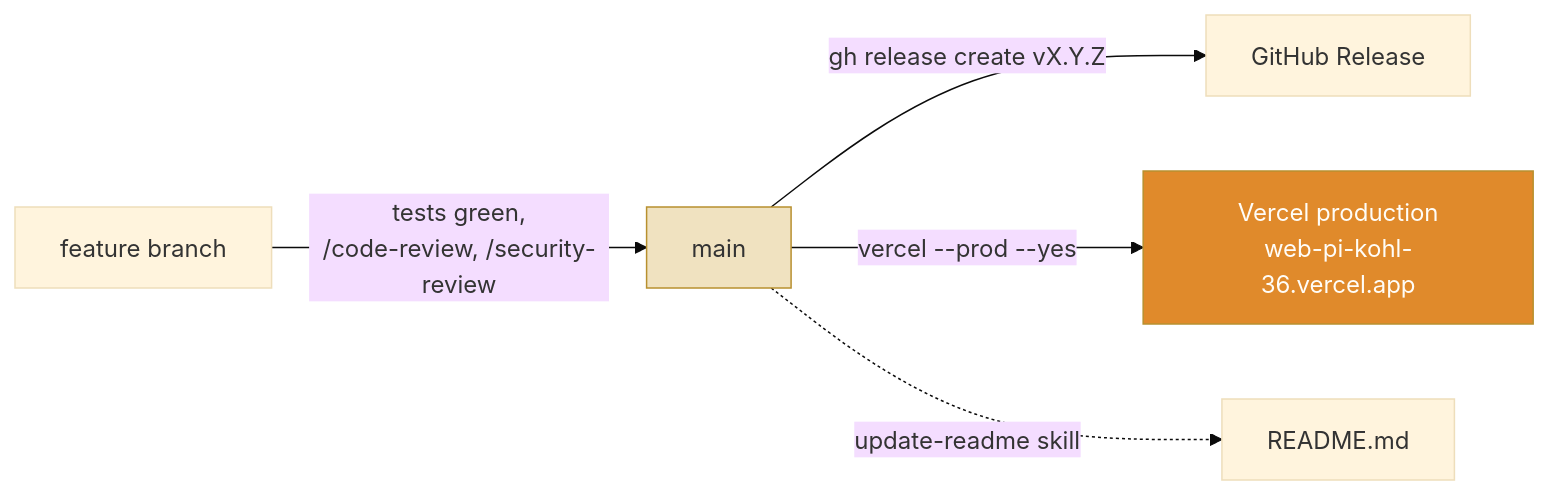
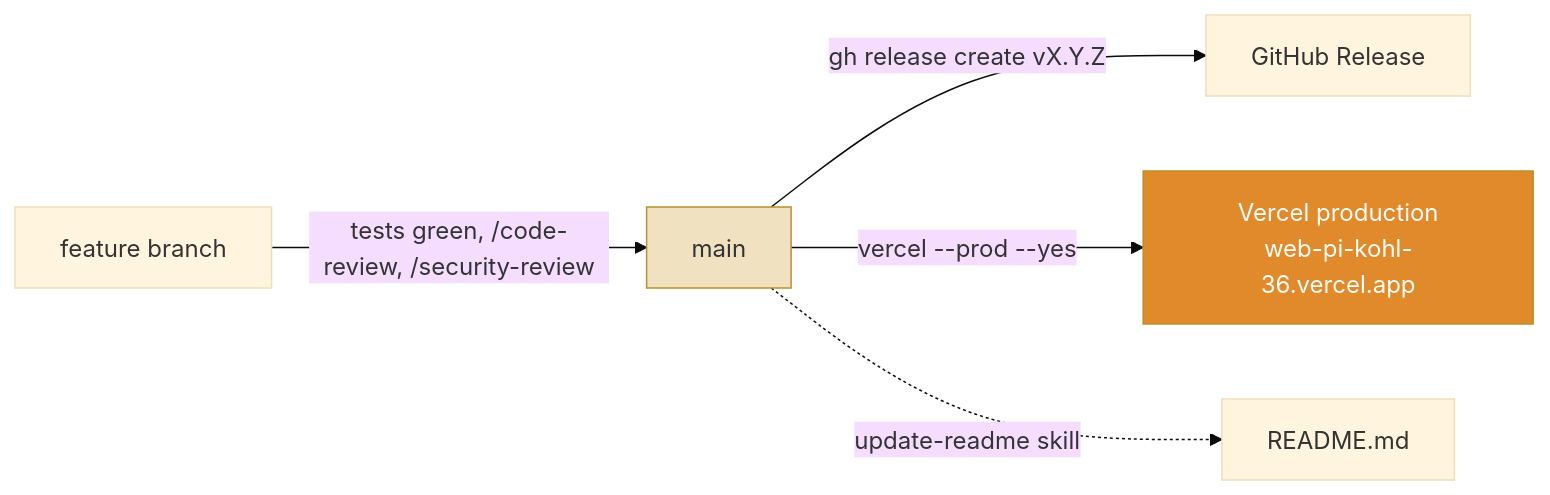
The third of 3 diagrams in docs/architecture.md (mettafore/jyotish-helper), drawn with Mermaid (base theme) before and after one commit. The commit also changed other lines of this file, not shown here.

First line of the commit message:
fix(docs): use <br/> not \n for line breaks in mermaid node labels

````diff
--- a/docs/architecture.md
+++ b/docs/architecture.md
@@ -65,10 +65,10 @@
 ```mermaid
 flowchart LR
-    branch["feature branch"] -->|tests green,\n/code-review, /security-review| main["main"]
+    branch["feature branch"] -->|"tests green, /code-review, /security-review"| main["main"]
     main -->|"gh release create vX.Y.Z"| release["GitHub Release"]
-    main -->|"vercel --prod --yes"| prod["Vercel production\nweb-pi-kohl-36.vercel.app"]
-    main -.->|update-readme skill| readme["README.md"]
+    main -->|"vercel --prod --yes"| prod["Vercel production<br/>web-pi-kohl-36.vercel.app"]
+    main -.->|"update-readme skill"| readme["README.md"]
 
     style main fill:#f0e2c0,stroke:#b8902f
     style prod fill:#e08a2b,stroke:#b8902f,color:#fffdf8
 ```
````
